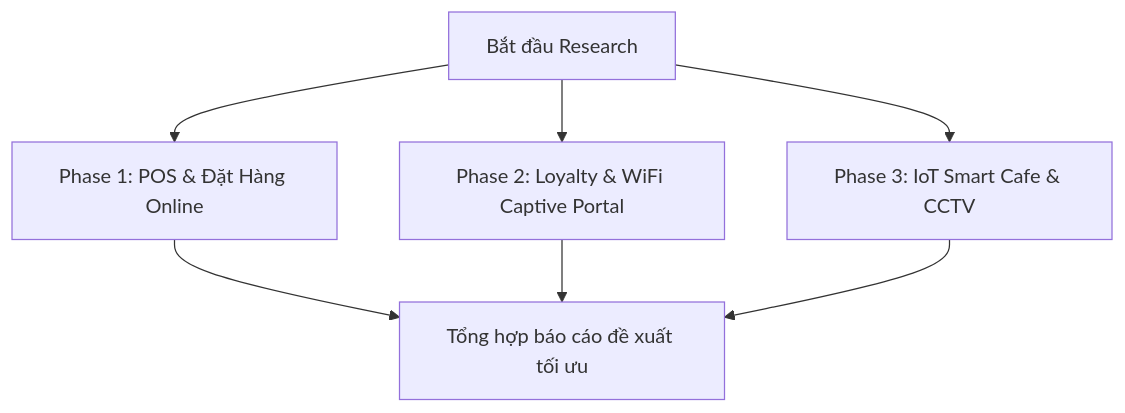
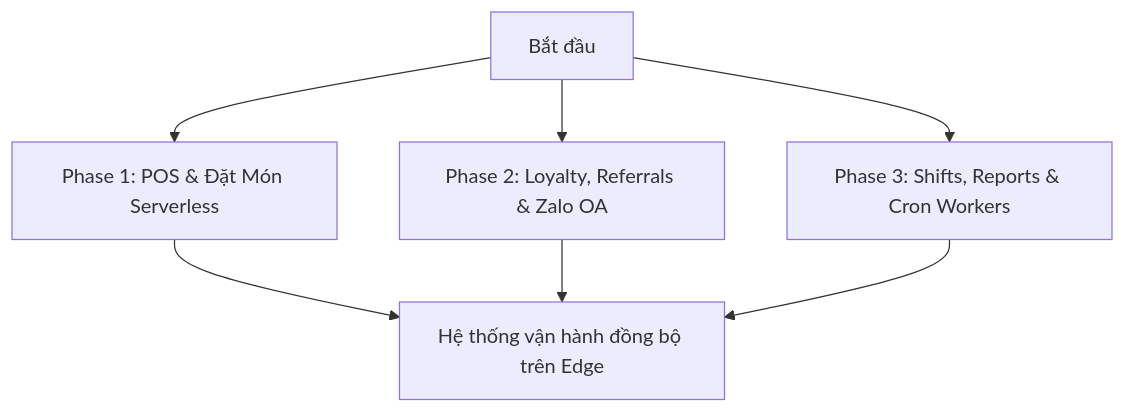
The diagram in plans/260522-github-research/plan.md (huuthongdongthap/FnB-Container-Caffe), drawn with Mermaid before and after one commit. The commit also changed other lines of this file and 76 other files, not shown here.

````diff
--- a/plans/260522-github-research/plan.md
+++ b/plans/260522-github-research/plan.md
@@ -9,9 +9,9 @@
 ```mermaid
 graph TD
-    A[Bắt đầu Research] --> B[Phase 1: POS & Đặt Hàng Online]
-    A --> C[Phase 2: Loyalty & WiFi Captive Portal]
-    A --> D[Phase 3: IoT Smart Cafe & CCTV]
-    B --> E[Tổng hợp báo cáo đề xuất tối ưu]
+    A[Bắt đầu] --> B[Phase 1: POS & Đặt Món Serverless]
+    A --> C[Phase 2: Loyalty, Referrals & Zalo OA]
+    A --> D[Phase 3: Shifts, Reports & Cron Workers]
+    B --> E[Hệ thống vận hành đồng bộ trên Edge]
     C --> E
     D --> E
 ```
````
